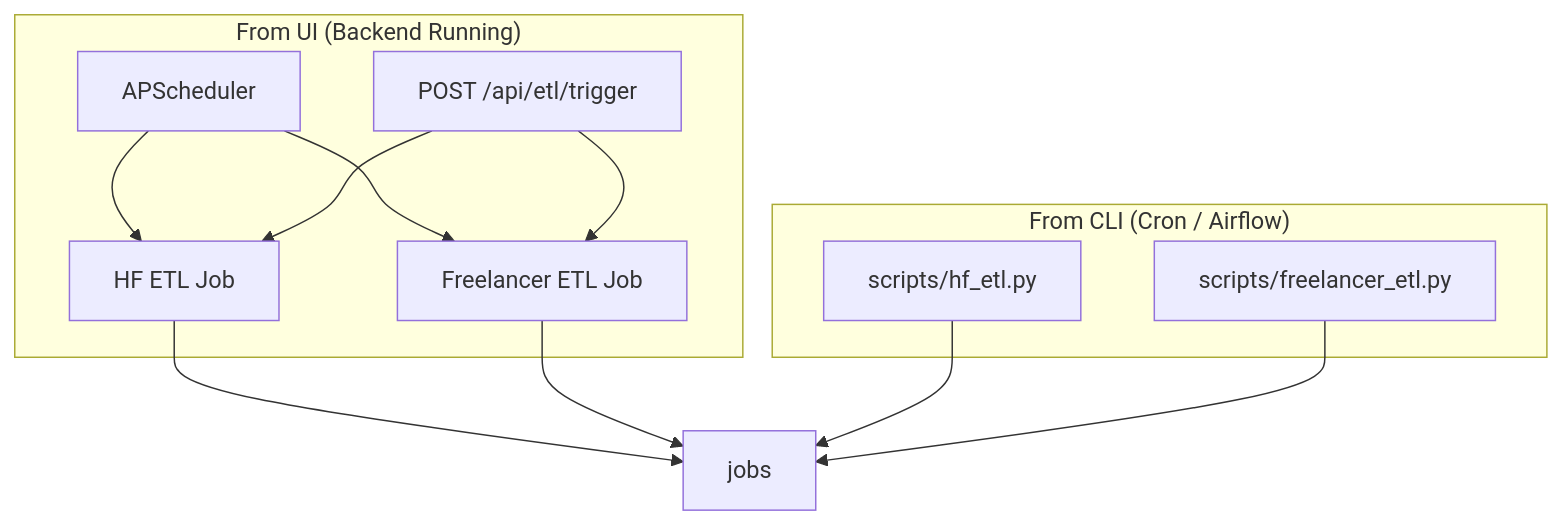
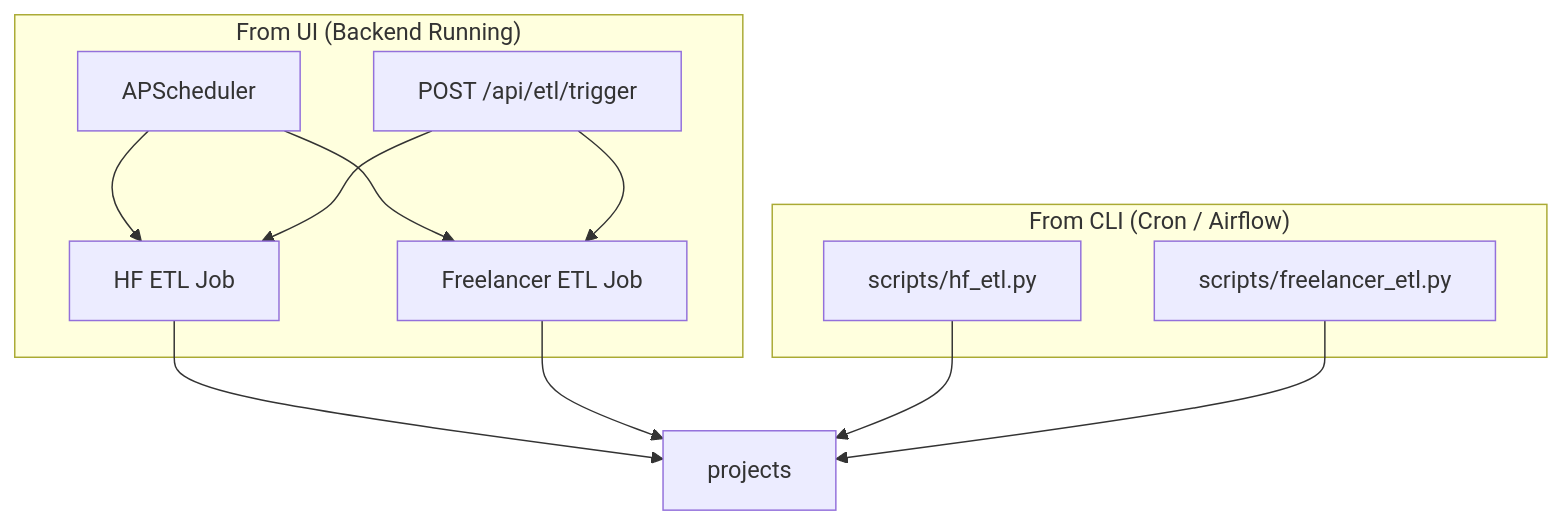
The fifth of 5 diagrams in docs/database-schema-reference.md (williamjxj/AutoBidder), drawn with Mermaid before and after one commit. The commit also changed other lines of this file and 30 other files, not shown here.

First line of the commit message:
feat(db): refactor jobs→projects for UI alignment (005-refactor-pg-database)

````diff
--- a/docs/database-schema-reference.md
+++ b/docs/database-schema-reference.md
@@ -347,21 +341,21 @@
 ```mermaid
 flowchart TB
     subgraph UI["From UI (Backend Running)"]
         Scheduler[APScheduler]
         Trigger[POST /api/etl/trigger]
         Scheduler --> HF_Job[HF ETL Job]
         Scheduler --> FL_Job[Freelancer ETL Job]
         Trigger --> HF_Job
         Trigger --> FL_Job
     end
 
     subgraph CLI["From CLI (Cron / Airflow)"]
         HF_Script[scripts/hf_etl.py]
         FL_Script[scripts/freelancer_etl.py]
     end
 
-    HF_Job --> jobs
-    FL_Job --> jobs
-    HF_Script --> jobs
-    FL_Script --> jobs
+    HF_Job --> projects
+    FL_Job --> projects
+    HF_Script --> projects
+    FL_Script --> projects
 ```
````
